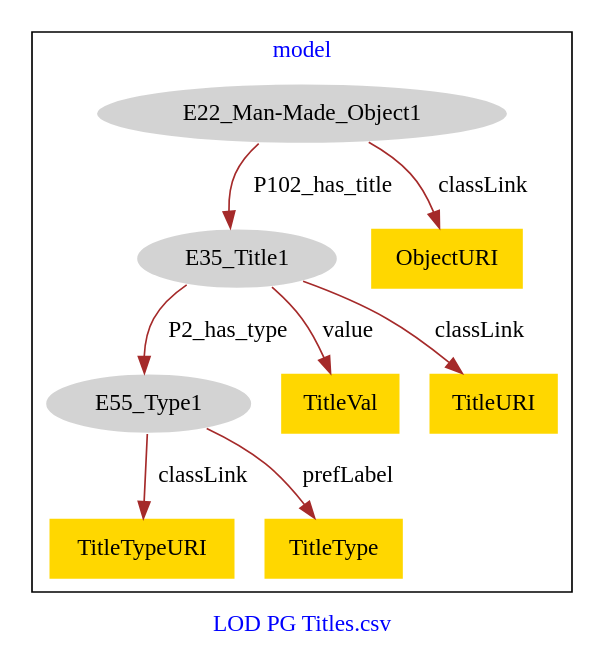
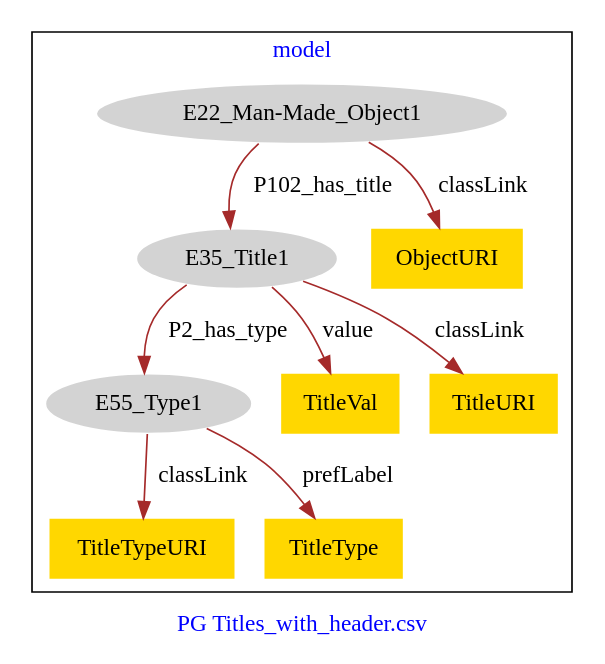
One commit to american-art/cbm changed the diagram in PG_OtherTitles/PG_OtherTitles-model.dot. Above: the diagram before and after it, drawn with Graphviz.

Commit message:
Update file PG_OtherTitles-model.dot

```diff
--- a/PG_OtherTitles/PG_OtherTitles-model.dot
+++ b/PG_OtherTitles/PG_OtherTitles-model.dot
@@ -1,23 +1,23 @@
 digraph n0 {
 fontcolor="blue"
 remincross="true"
-label="LOD PG Titles.csv"
+label="PG Titles_with_header.csv"
 subgraph cluster {
 label="model"
 n2[style="filled",color="white",fillcolor="lightgray",label="E22_Man-Made_Object1"];
 n3[style="filled",color="white",fillcolor="lightgray",label="E35_Title1"];
 n4[style="filled",color="white",fillcolor="lightgray",label="E55_Type1"];
 n5[shape="plaintext",style="filled",fillcolor="gold",label="TitleTypeURI"];
 n6[shape="plaintext",style="filled",fillcolor="gold",label="TitleVal"];
 n7[shape="plaintext",style="filled",fillcolor="gold",label="TitleURI"];
-n8[shape="plaintext",style="filled",fillcolor="gold",label="TitleType"];
-n9[shape="plaintext",style="filled",fillcolor="gold",label="ObjectURI"];
+n8[shape="plaintext",style="filled",fillcolor="gold",label="ObjectURI"];
+n9[shape="plaintext",style="filled",fillcolor="gold",label="TitleType"];
 }
 n2 -> n3[color="brown",fontcolor="black",label="P102_has_title"]
 n3 -> n4[color="brown",fontcolor="black",label="P2_has_type"]
 n4 -> n5[color="brown",fontcolor="black",label="classLink"]
 n3 -> n6[color="brown",fontcolor="black",label="value"]
 n3 -> n7[color="brown",fontcolor="black",label="classLink"]
-n4 -> n8[color="brown",fontcolor="black",label="prefLabel"]
-n2 -> n9[color="brown",fontcolor="black",label="classLink"]
+n2 -> n8[color="brown",fontcolor="black",label="classLink"]
+n4 -> n9[color="brown",fontcolor="black",label="prefLabel"]
 }
```
